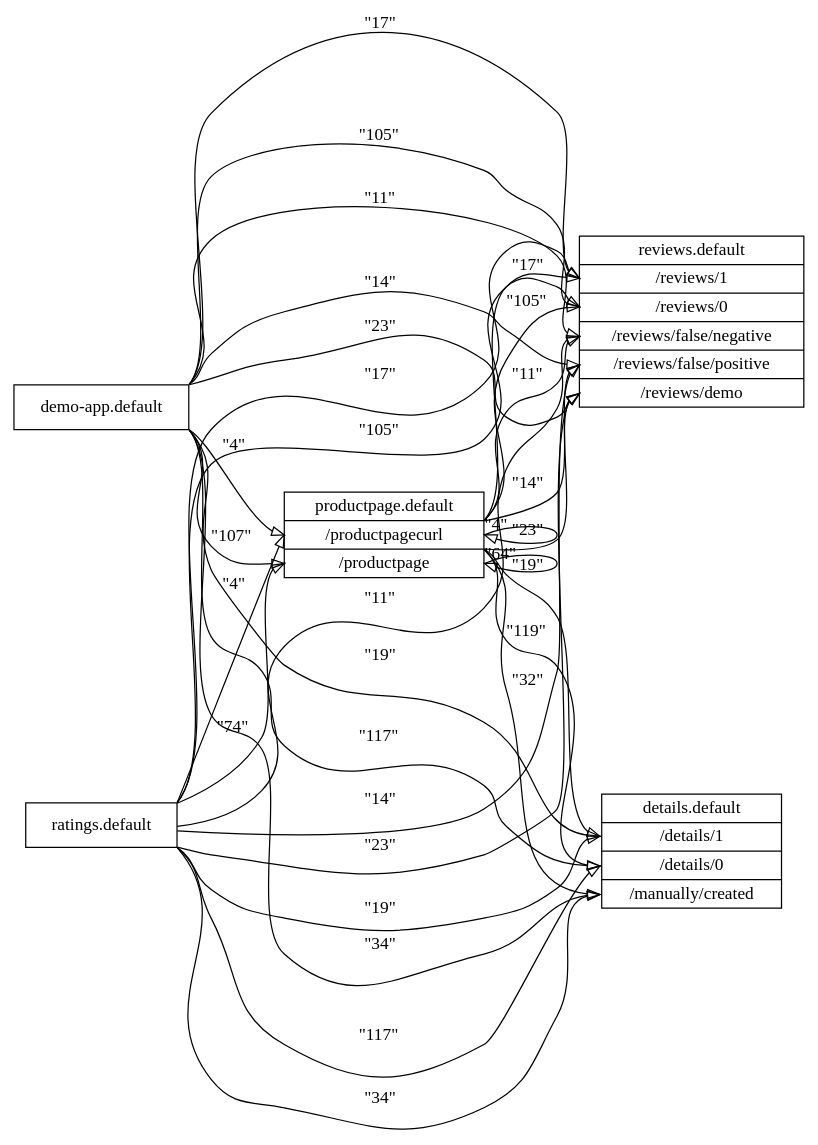
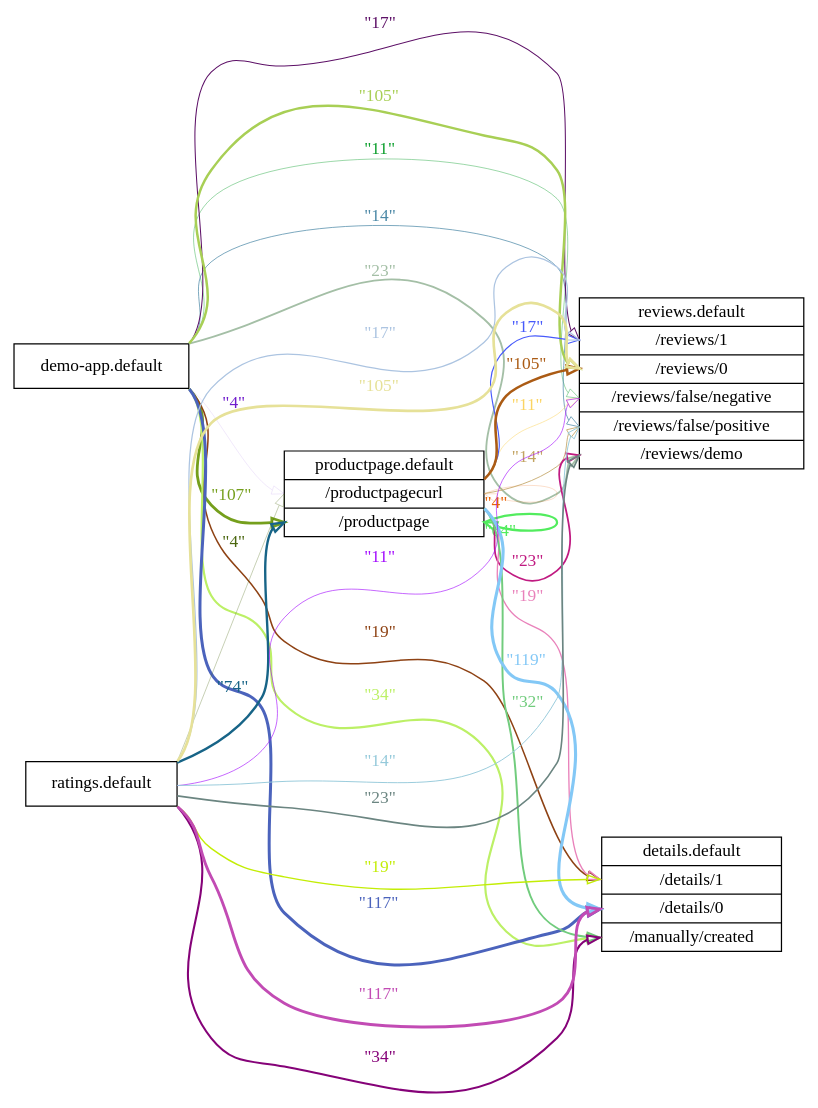
One commit to the-redback/istio-log-parsing changed the diagram in example/example.dot. Above: the diagram before and after it, drawn with Graphviz. The commit also changed 8 other files, not shown here.

```diff
--- a/example/example.dot
+++ b/example/example.dot
@@ -1,64 +1,64 @@
 digraph endpoints_istio {
 rankdir = LR;
 node [shape=record];
-demo_app_default:_reviews_1:e  -> reviews_default:_reviews_1 [label = <<font color="#0000">"17"</font>> arrowhead="empty" color="#0000" ];
+demo_app_default:_productpagecurl:e  -> productpage_default:_productpagecurl [label = <<font color="#701ccd">"4"</font>> arrowhead="empty" color="#701ccd" penwidth=0.08333333333333333];
 
 demo_app_default[
 shape="record"
 label="<demo_app_default> demo-app.default"
 ]
-productpage_default:_details_1:e  -> details_default:_details_1 [label = <<font color="#0000">"19"</font>> arrowhead="empty" color="#0000" ];
+productpage_default:_productpagecurl:e  -> productpage_default:_productpagecurl:e [taillabel = <<font color="#e86307">"4"</font>> arrowhead="empty" color="#e86307" penwidth=0.16666666666666666 ];
 
 productpage_default[
 shape="record"
 label="<productpage_default> productpage.default"
 ]
-productpage_default:_details_0:e  -> details_default:_details_0 [label = <<font color="#0000">"119"</font>> arrowhead="empty" color="#0000" ];
-ratings_default:_reviews_demo:e  -> reviews_default:_reviews_demo [label = <<font color="#0000">"23"</font>> arrowhead="empty" color="#0000" ];
+ratings_default:_productpagecurl:e  -> productpage_default:_productpagecurl [label = <<font color="#4a660e">"4"</font>> arrowhead="empty" color="#4a660e" penwidth=0.25];
 
 ratings_default[
 shape="record"
 label="<ratings_default> ratings.default"
 ]
-demo_app_default:_reviews_0:e  -> reviews_default:_reviews_0 [label = <<font color="#0000">"105"</font>> arrowhead="empty" color="#0000" ];
-ratings_default:_manually_created:e  -> details_default:_manually_created [label = <<font color="#0000">"34"</font>> arrowhead="empty" color="#0000" ];
-demo_app_default:_reviews_false_negative:e  -> reviews_default:_reviews_false_negative [label = <<font color="#0000">"11"</font>> arrowhead="empty" color="#0000" ];
-productpage_default:_manually_created:e  -> details_default:_manually_created [label = <<font color="#0000">"32"</font>> arrowhead="empty" color="#0000" ];
-ratings_default:_details_1:e  -> details_default:_details_1 [label = <<font color="#0000">"19"</font>> arrowhead="empty" color="#0000" ];
-productpage_default:_reviews_demo:e  -> reviews_default:_reviews_demo [label = <<font color="#0000">"23"</font>> arrowhead="empty" color="#0000" ];
-ratings_default:_details_0:e  -> details_default:_details_0 [label = <<font color="#0000">"117"</font>> arrowhead="empty" color="#0000" ];
-productpage_default:_reviews_false_negative:e  -> reviews_default:_reviews_false_negative [label = <<font color="#0000">"11"</font>> arrowhead="empty" color="#0000" ];
-productpage_default:_reviews_0:e  -> reviews_default:_reviews_0 [label = <<font color="#0000">"105"</font>> arrowhead="empty" color="#0000" ];
-demo_app_default:_details_1:e  -> details_default:_details_1 [label = <<font color="#0000">"19"</font>> arrowhead="empty" color="#0000" ];
-productpage_default:_reviews_1:e  -> reviews_default:_reviews_1 [label = <<font color="#0000">"17"</font>> arrowhead="empty" color="#0000" ];
-demo_app_default:_details_0:e  -> details_default:_details_0 [label = <<font color="#0000">"117"</font>> arrowhead="empty" color="#0000" ];
-ratings_default:_reviews_1:e  -> reviews_default:_reviews_1 [label = <<font color="#0000">"17"</font>> arrowhead="empty" color="#0000" ];
-demo_app_default:_reviews_demo:e  -> reviews_default:_reviews_demo [label = <<font color="#0000">"23"</font>> arrowhead="empty" color="#0000" ];
-demo_app_default:_manually_created:e  -> details_default:_manually_created [label = <<font color="#0000">"34"</font>> arrowhead="empty" color="#0000" ];
-ratings_default:_reviews_0:e  -> reviews_default:_reviews_0 [label = <<font color="#0000">"105"</font>> arrowhead="empty" color="#0000" ];
-ratings_default:_reviews_false_negative:e  -> reviews_default:_reviews_false_negative [label = <<font color="#0000">"11"</font>> arrowhead="empty" color="#0000" ];
-ratings_default:_productpage:e  -> productpage_default:_productpage [label = <<font color="#0000">"74"</font>> arrowhead="empty" color="#0000" ];
-demo_app_default:_productpagecurl:e  -> productpage_default:_productpagecurl [label = <<font color="#0000">"4"</font>> arrowhead="empty" color="#0000" ];
-demo_app_default:_reviews_false_positive:e  -> reviews_default:_reviews_false_positive [label = <<font color="#0000">"14"</font>> arrowhead="empty" color="#0000" ];
-productpage_default:_productpage:e  -> productpage_default:_productpage:e [taillabel = <<font color="#0000">"64"</font>> arrowhead="empty" color="#0000" ];
-productpage_default:_reviews_false_positive:e  -> reviews_default:_reviews_false_positive [label = <<font color="#0000">"14"</font>> arrowhead="empty" color="#0000" ];
-productpage_default:_productpagecurl:e  -> productpage_default:_productpagecurl:e [taillabel = <<font color="#0000">"4"</font>> arrowhead="empty" color="#0000" ];
-demo_app_default:_productpage:e  -> productpage_default:_productpage [label = <<font color="#0000">"107"</font>> arrowhead="empty" color="#0000" ];
-ratings_default:_productpagecurl:e  -> productpage_default:_productpagecurl [label = <<font color="#0000">"4"</font>> arrowhead="empty" color="#0000" ];
-ratings_default:_reviews_false_positive:e  -> reviews_default:_reviews_false_positive [label = <<font color="#0000">"14"</font>> arrowhead="empty" color="#0000" ];
+demo_app_default:_reviews_false_negative:e  -> reviews_default:_reviews_false_negative [label = <<font color="#0b9e2c">"11"</font>> arrowhead="empty" color="#0b9e2c" penwidth=0.3333333333333333];
+productpage_default:_reviews_false_negative:e  -> reviews_default:_reviews_false_negative [label = <<font color="#fbd463">"11"</font>> arrowhead="empty" color="#fbd463" penwidth=0.41666666666666663];
+ratings_default:_reviews_false_negative:e  -> reviews_default:_reviews_false_negative [label = <<font color="#a30bfe">"11"</font>> arrowhead="empty" color="#a30bfe" penwidth=0.49999999999999994];
+demo_app_default:_reviews_false_positive:e  -> reviews_default:_reviews_false_positive [label = <<font color="#4b88a6">"14"</font>> arrowhead="empty" color="#4b88a6" penwidth=0.5833333333333333];
+productpage_default:_reviews_false_positive:e  -> reviews_default:_reviews_false_positive [label = <<font color="#c2a361">"14"</font>> arrowhead="empty" color="#c2a361" penwidth=0.6666666666666666];
+ratings_default:_reviews_false_positive:e  -> reviews_default:_reviews_false_positive [label = <<font color="#94c9da">"14"</font>> arrowhead="empty" color="#94c9da" penwidth=0.75];
+demo_app_default:_reviews_1:e  -> reviews_default:_reviews_1 [label = <<font color="#5c0f66">"17"</font>> arrowhead="empty" color="#5c0f66" penwidth=0.8333333333333334];
+productpage_default:_reviews_1:e  -> reviews_default:_reviews_1 [label = <<font color="#475afb">"17"</font>> arrowhead="empty" color="#475afb" penwidth=0.9166666666666667];
+ratings_default:_reviews_1:e  -> reviews_default:_reviews_1 [label = <<font color="#acc4e1">"17"</font>> arrowhead="empty" color="#acc4e1" penwidth=1.0];
+productpage_default:_details_1:e  -> details_default:_details_1 [label = <<font color="#e982bb">"19"</font>> arrowhead="empty" color="#e982bb" penwidth=1.0833333333333333];
+ratings_default:_details_1:e  -> details_default:_details_1 [label = <<font color="#c3ed05">"19"</font>> arrowhead="empty" color="#c3ed05" penwidth=1.1666666666666665];
+demo_app_default:_details_1:e  -> details_default:_details_1 [label = <<font color="#8e4214">"19"</font>> arrowhead="empty" color="#8e4214" penwidth=1.2499999999999998];
+ratings_default:_reviews_demo:e  -> reviews_default:_reviews_demo [label = <<font color="#6b8581">"23"</font>> arrowhead="empty" color="#6b8581" penwidth=1.333333333333333];
+productpage_default:_reviews_demo:e  -> reviews_default:_reviews_demo [label = <<font color="#c01a81">"23"</font>> arrowhead="empty" color="#c01a81" penwidth=1.4166666666666663];
+demo_app_default:_reviews_demo:e  -> reviews_default:_reviews_demo [label = <<font color="#a4bfa6">"23"</font>> arrowhead="empty" color="#a4bfa6" penwidth=1.4999999999999996];
+productpage_default:_manually_created:e  -> details_default:_manually_created [label = <<font color="#71cc7d">"32"</font>> arrowhead="empty" color="#71cc7d" penwidth=1.5833333333333328];
+ratings_default:_manually_created:e  -> details_default:_manually_created [label = <<font color="#850278">"34"</font>> arrowhead="empty" color="#850278" penwidth=1.666666666666666];
+demo_app_default:_manually_created:e  -> details_default:_manually_created [label = <<font color="#bcf066">"34"</font>> arrowhead="empty" color="#bcf066" penwidth=1.7499999999999993];
+productpage_default:_productpage:e  -> productpage_default:_productpage:e [taillabel = <<font color="#52ec5e">"64"</font>> arrowhead="empty" color="#52ec5e" penwidth=1.8333333333333326 ];
+ratings_default:_productpage:e  -> productpage_default:_productpage [label = <<font color="#176487">"74"</font>> arrowhead="empty" color="#176487" penwidth=1.9166666666666659];
+demo_app_default:_reviews_0:e  -> reviews_default:_reviews_0 [label = <<font color="#a8cf55">"105"</font>> arrowhead="empty" color="#a8cf55" penwidth=1.9999999999999991];
+productpage_default:_reviews_0:e  -> reviews_default:_reviews_0 [label = <<font color="#ab5b14">"105"</font>> arrowhead="empty" color="#ab5b14" penwidth=2.0833333333333326];
+ratings_default:_reviews_0:e  -> reviews_default:_reviews_0 [label = <<font color="#e6e198">"105"</font>> arrowhead="empty" color="#e6e198" penwidth=2.166666666666666];
+demo_app_default:_productpage:e  -> productpage_default:_productpage [label = <<font color="#759f1c">"107"</font>> arrowhead="empty" color="#759f1c" penwidth=2.2499999999999996];
+ratings_default:_details_0:e  -> details_default:_details_0 [label = <<font color="#c24bb4">"117"</font>> arrowhead="empty" color="#c24bb4" penwidth=2.333333333333333];
+demo_app_default:_details_0:e  -> details_default:_details_0 [label = <<font color="#4b63bc">"117"</font>> arrowhead="empty" color="#4b63bc" penwidth=2.4166666666666665];
+productpage_default:_details_0:e  -> details_default:_details_0 [label = <<font color="#83c8f6">"119"</font>> arrowhead="empty" color="#83c8f6" penwidth=2.5];
 
 details_default[
 shape="record"
 label="<details_default> details.default|<_details_1> /details/1|<_details_0> /details/0|<_manually_created> /manually/created"
 ]
 
 reviews_default[
 shape="record"
 label="<reviews_default> reviews.default|<_reviews_1> /reviews/1|<_reviews_0> /reviews/0|<_reviews_false_negative> /reviews/false/negative|<_reviews_false_positive> /reviews/false/positive|<_reviews_demo> /reviews/demo"
 ]
 
 productpage_default[
 shape="record"
 label="<productpage_default> productpage.default|<_productpagecurl> /productpagecurl|<_productpage> /productpage"
 ]
 }
```
